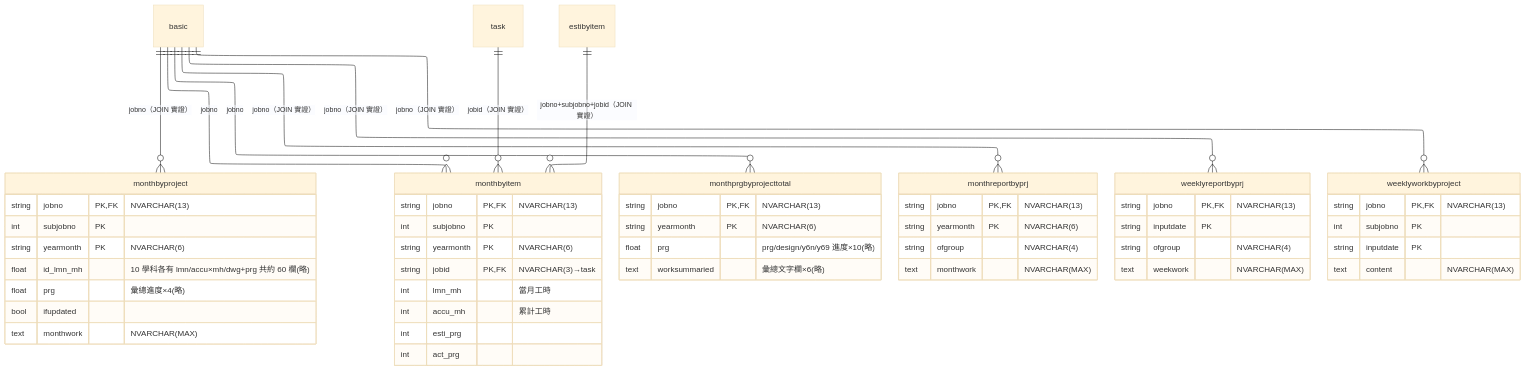
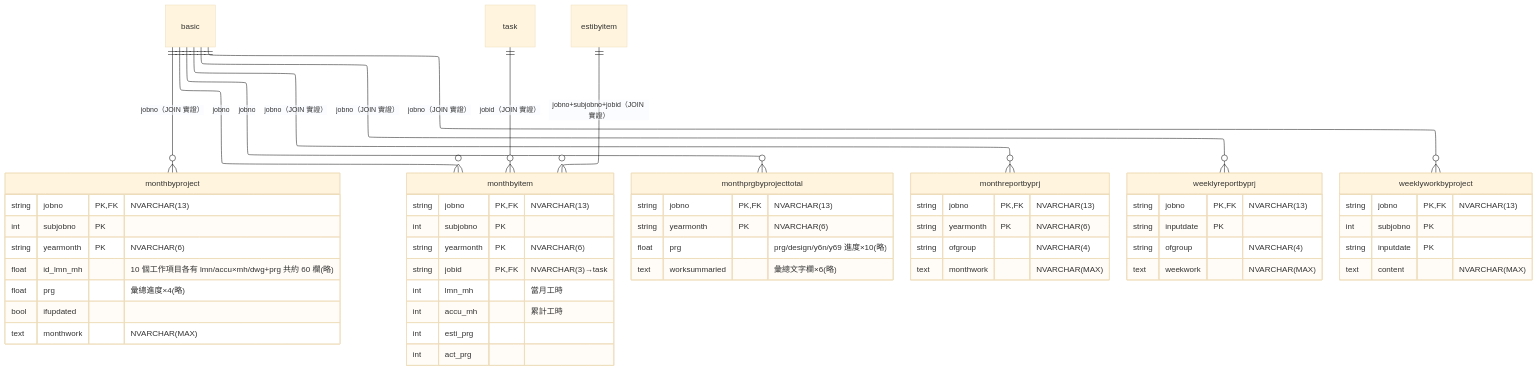
Before and after one commit to ymkangtw/pi: the fourth of 5 diagrams in docs/ER-Model.md, drawn with Mermaid (base theme). The commit also changed other lines of this file and 6 other files, not shown here.

````diff
--- a/docs/ER-Model.md
+++ b/docs/ER-Model.md
@@ -199,59 +199,59 @@
 ```mermaid
 ---
 config:
   layout: elk
 ---
 erDiagram
     basic ||--o{ monthbyproject : "jobno（JOIN 實證）"
     basic ||--o{ monthbyitem : "jobno"
     basic ||--o{ monthprgbyprojecttotal : "jobno"
     basic ||--o{ monthreportbyprj : "jobno（JOIN 實證）"
     basic ||--o{ weeklyreportbyprj : "jobno（JOIN 實證）"
     basic ||--o{ weeklyworkbyproject : "jobno（JOIN 實證）"
     task ||--o{ monthbyitem : "jobid（JOIN 實證）"
     estibyitem ||--o{ monthbyitem : "jobno+subjobno+jobid（JOIN 實證）"
 
     monthbyproject {
         string jobno PK,FK "NVARCHAR(13)"
         int subjobno PK
         string yearmonth PK "NVARCHAR(6)"
-        float id_lmn_mh "10 學科各有 lmn/accu×mh/dwg+prg 共約 60 欄(略)"
+        float id_lmn_mh "10 個工作項目各有 lmn/accu×mh/dwg+prg 共約 60 欄(略)"
         float prg "彙總進度×4(略)"
         bool ifupdated
         text monthwork "NVARCHAR(MAX)"
     }
     monthbyitem {
         string jobno PK,FK "NVARCHAR(13)"
         int subjobno PK
         string yearmonth PK "NVARCHAR(6)"
         string jobid PK,FK "NVARCHAR(3)→task"
         int lmn_mh "當月工時"
         int accu_mh "累計工時"
         int esti_prg
         int act_prg
     }
     monthprgbyprojecttotal {
         string jobno PK,FK "NVARCHAR(13)"
         string yearmonth PK "NVARCHAR(6)"
         float prg "prg/design/y6n/y69 進度×10(略)"
         text worksummaried "彙總文字欄×6(略)"
     }
     monthreportbyprj {
         string jobno PK,FK "NVARCHAR(13)"
         string yearmonth PK "NVARCHAR(6)"
         string ofgroup "NVARCHAR(4)"
         text monthwork "NVARCHAR(MAX)"
     }
     weeklyreportbyprj {
         string jobno PK,FK "NVARCHAR(13)"
         string inputdate PK
         string ofgroup "NVARCHAR(4)"
         text weekwork "NVARCHAR(MAX)"
     }
     weeklyworkbyproject {
         string jobno PK,FK "NVARCHAR(13)"
         int subjobno PK
         string inputdate PK
         text content "NVARCHAR(MAX)"
     }
 ```
````
